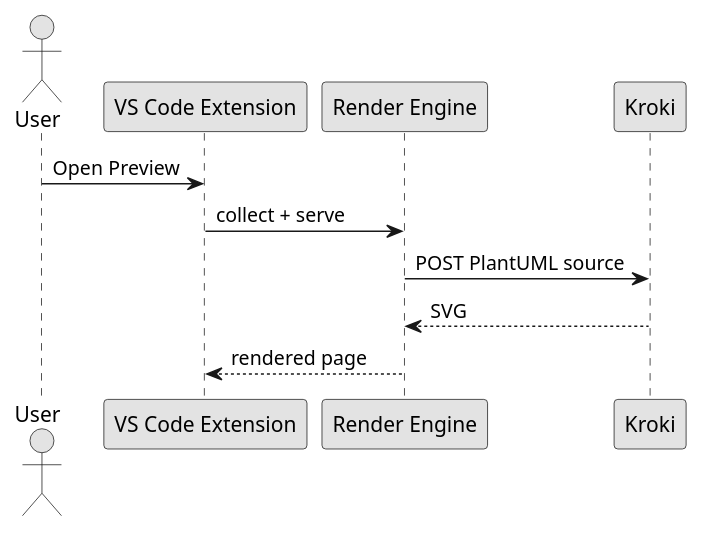
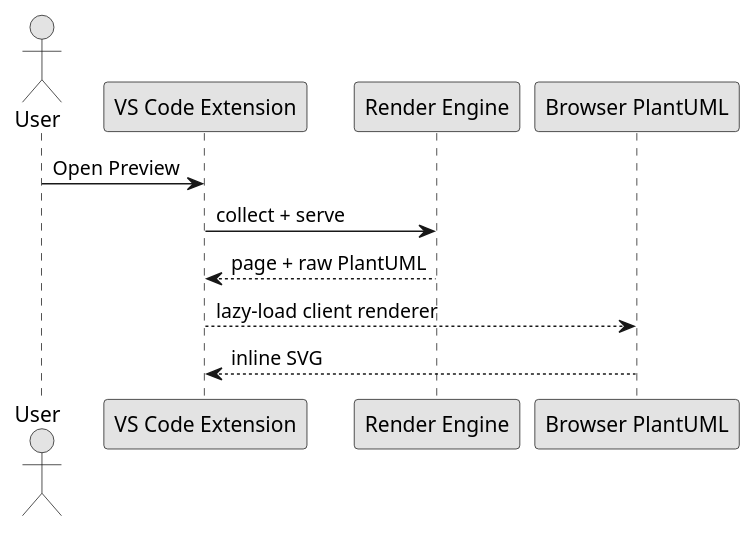
The first of 5 diagrams in demo/plantuml.md (MicroWebStacks/astro-huge-doc), drawn with PlantUML before and after one commit. The commit also changed other lines of this file and 29 other files, not shown here.

Commit message:
implemented client plantuml

````diff
--- a/demo/plantuml.md
+++ b/demo/plantuml.md
@@ -13,17 +14,17 @@
 ```plantuml
 @startuml
 skinparam monochrome true
 skinparam shadowing false
 
 actor User
 participant "VS Code Extension" as Ext
 participant "Render Engine" as Engine
-participant "Kroki" as Kroki
+participant "Browser PlantUML" as PlantUML
 
 User -> Ext : Open Preview
 Ext -> Engine : collect + serve
-Engine -> Kroki : POST PlantUML source
-Kroki --> Engine : SVG
-Engine --> Ext : rendered page
+Engine --> Ext : page + raw PlantUML
+Ext --> PlantUML : lazy-load client renderer
+PlantUML --> Ext : inline SVG
 @enduml
 ```
````
